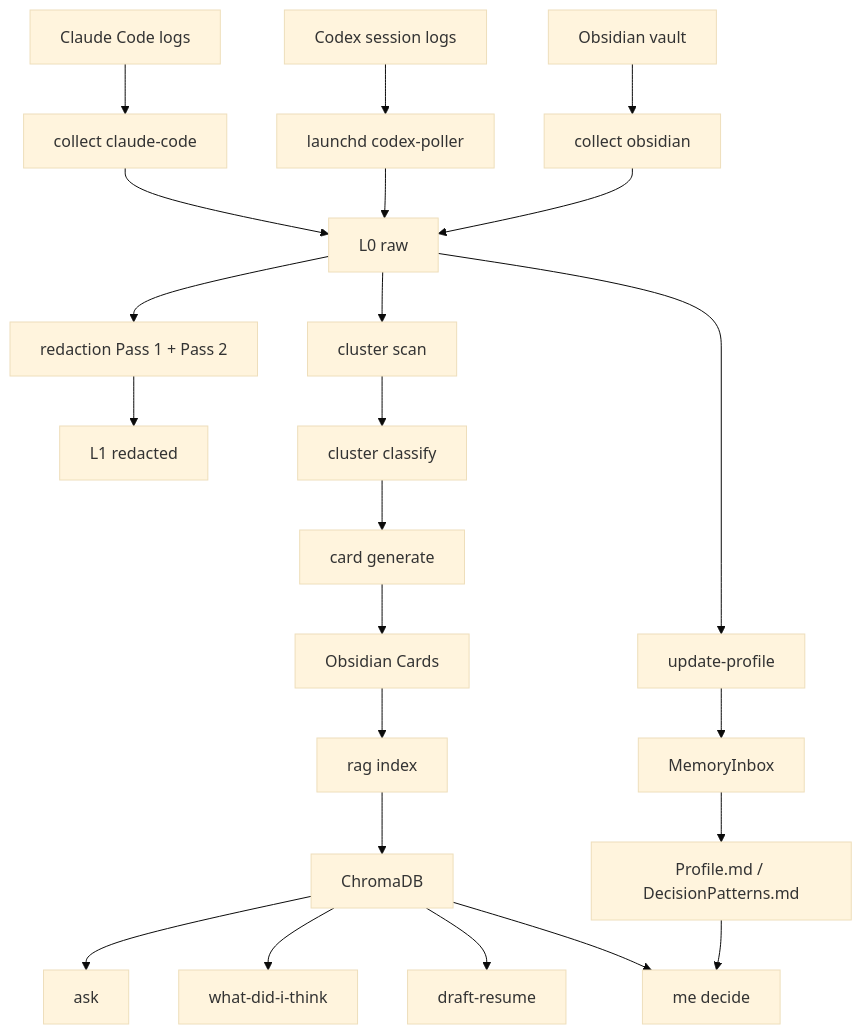
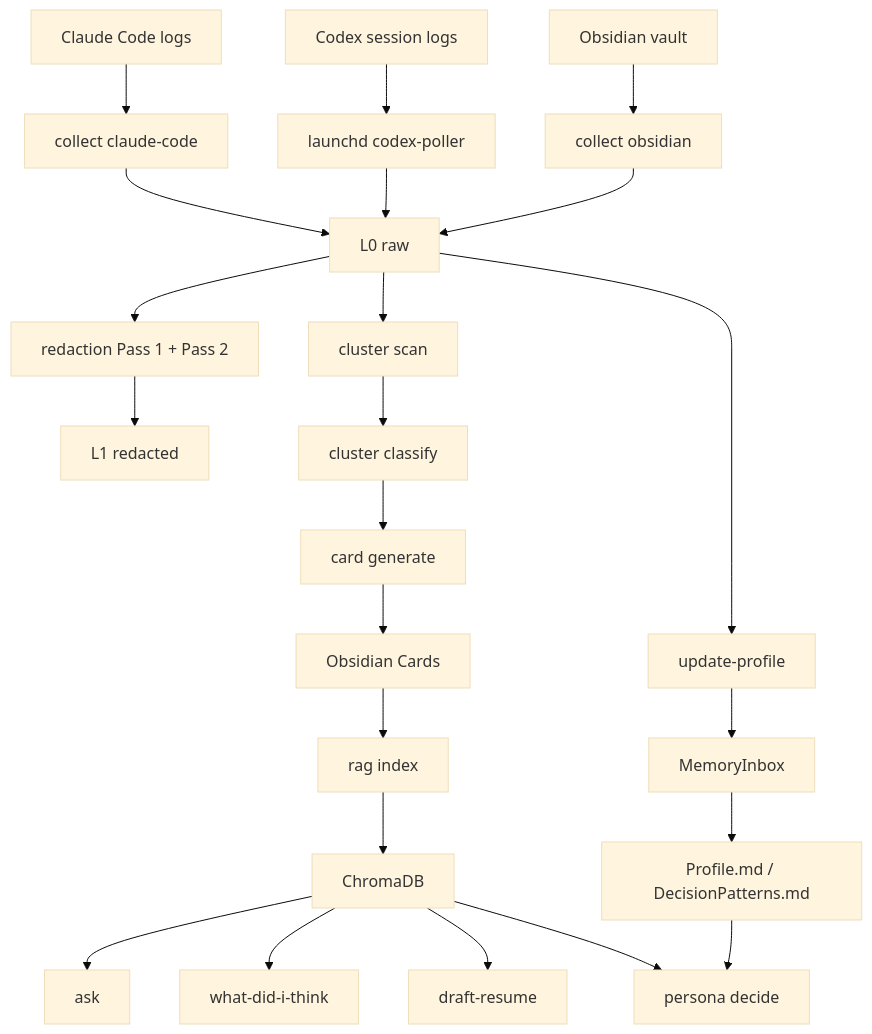
One commit to Jimmy-Jung/synapse-memory changed the diagram in docs/architecture.md. Above: the diagram before and after it, drawn with Mermaid (base theme). The commit also changed other lines of this file and 27 other files, not shown here.

````diff
--- a/docs/architecture.md
+++ b/docs/architecture.md
@@ -68,25 +68,25 @@
 ```mermaid
 graph TD
     CC[Claude Code logs] --> C1[collect claude-code]
     CX[Codex session logs] --> CXP[launchd codex-poller]
     OBS[Obsidian vault] --> C2[collect obsidian]
     C1 --> L0[L0 raw]
     CXP --> L0
     C2 --> L0
     L0 --> RED[redaction Pass 1 + Pass 2]
     RED --> L1[L1 redacted]
     L0 --> CL[cluster scan]
     CL --> CLS[cluster classify]
     CLS --> GEN[card generate]
     GEN --> L2[Obsidian Cards]
     L2 --> IDX[rag index]
     IDX --> L3[ChromaDB]
     L3 --> ASK[ask]
     L3 --> WDT[what-did-i-think]
     L3 --> RESUME[draft-resume]
     L0 --> PROF[update-profile]
     PROF --> MI[MemoryInbox]
     MI --> PROFILE[Profile.md / DecisionPatterns.md]
-    PROFILE --> DECIDE[me decide]
+    PROFILE --> DECIDE[persona decide]
     L3 --> DECIDE
 ```
````
